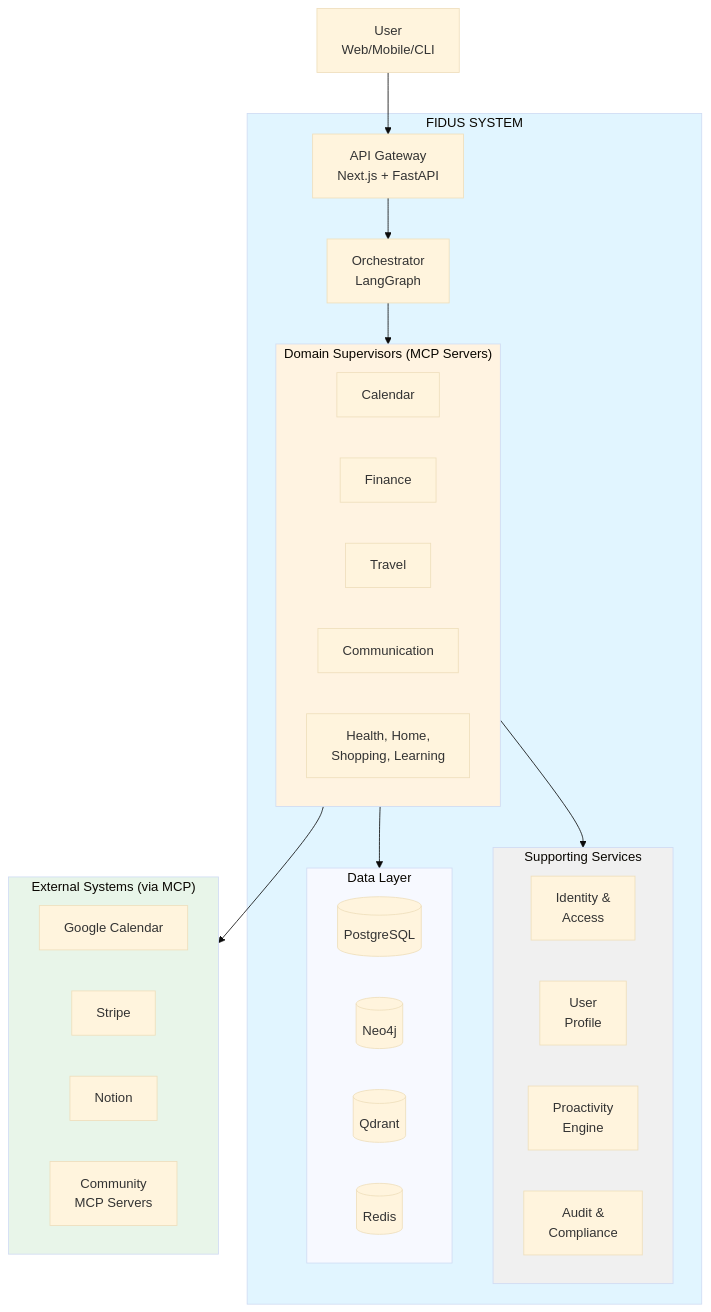
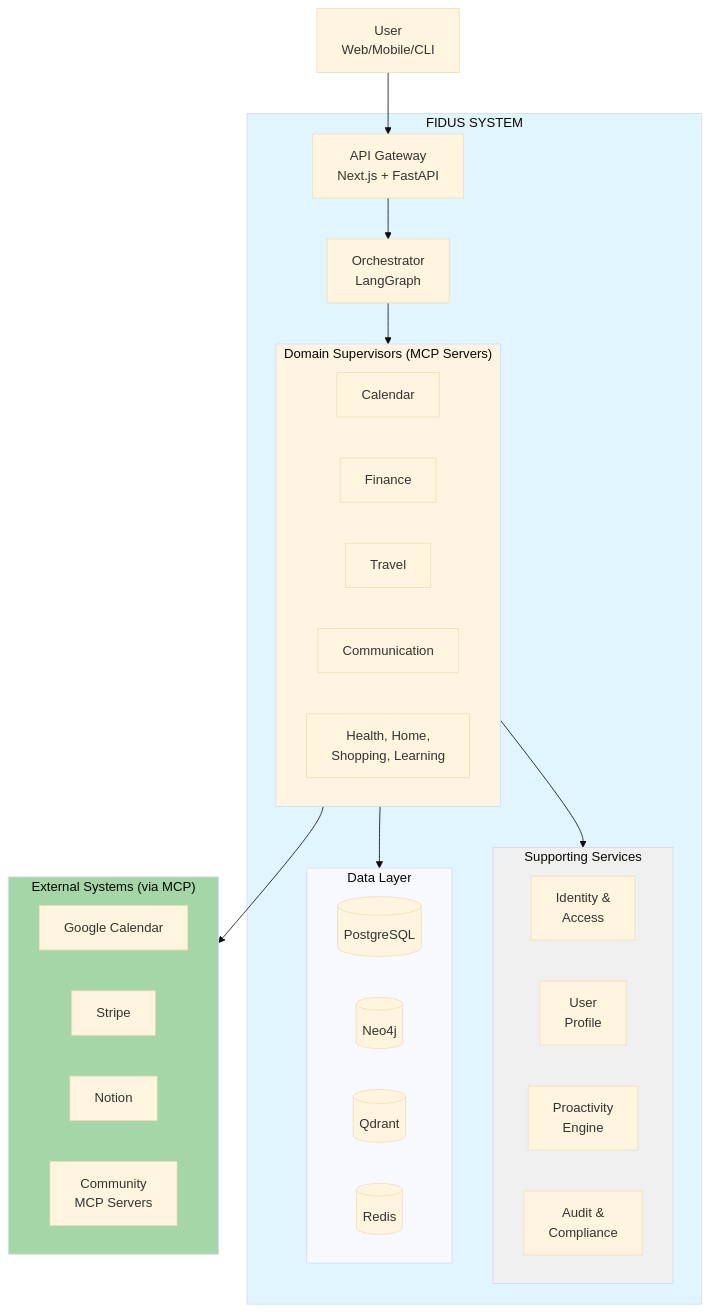
Before and after one commit to y-core-engineering/fidus: the diagram in docs/solution-architecture/README.md, drawn with Mermaid (base theme). The commit also changed 26 other files, not shown here.

First line of the commit message:
feat: add comprehensive UX/UI design docs and Mermaid validation (#6)

````diff
--- a/docs/solution-architecture/README.md
+++ b/docs/solution-architecture/README.md
@@ -210,50 +210,50 @@
 ```mermaid
 graph TB
     User[User<br/>Web/Mobile/CLI]
 
     subgraph Fidus["FIDUS SYSTEM"]
         API[API Gateway<br/>Next.js + FastAPI]
         Orch[Orchestrator<br/>LangGraph]
 
         subgraph Supervisors["Domain Supervisors (MCP Servers)"]
             Cal[Calendar]
             Fin[Finance]
             Travel[Travel]
             Comm[Communication]
             More[Health, Home,<br/>Shopping, Learning]
         end
 
         subgraph Support["Supporting Services"]
             Identity[Identity &<br/>Access]
             Profile[User<br/>Profile]
             Proact[Proactivity<br/>Engine]
             Audit[Audit &<br/>Compliance]
         end
 
         subgraph Data["Data Layer"]
             PG[(PostgreSQL)]
             Neo[(Neo4j)]
             Qdr[(Qdrant)]
             Redis[(Redis)]
         end
     end
 
     subgraph External["External Systems (via MCP)"]
         Google[Google Calendar]
         Stripe[Stripe]
         Notion[Notion]
         Community[Community<br/>MCP Servers]
     end
 
     User --> API
     API --> Orch
     Orch --> Supervisors
     Supervisors --> Support
     Supervisors --> Data
     Supervisors --> External
 
     style Fidus fill:#e1f5ff
     style Supervisors fill:#fff3e1
     style Support fill:#f0f0f0
-    style External fill:#e8f5e9
+    style External fill:#a5d6a7
 ```
````
